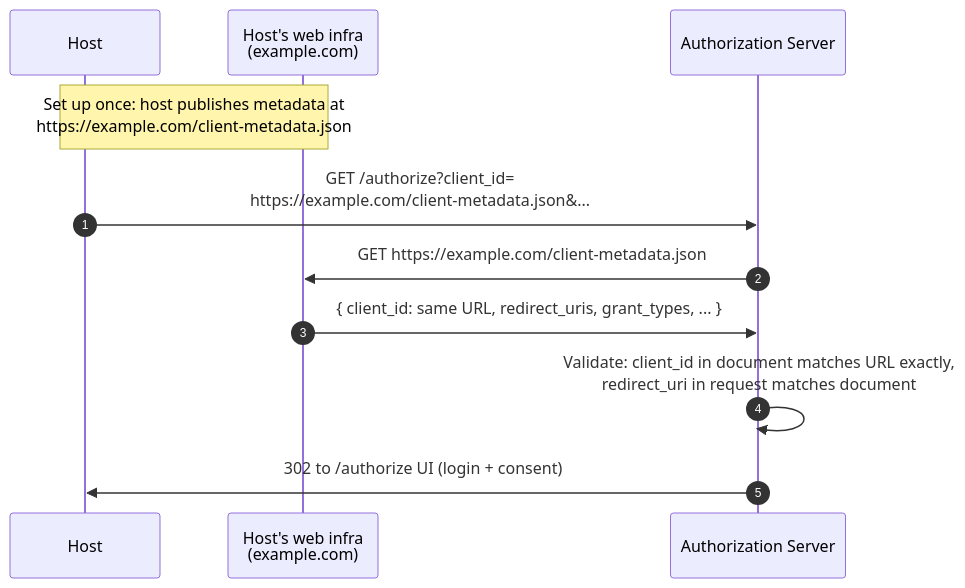
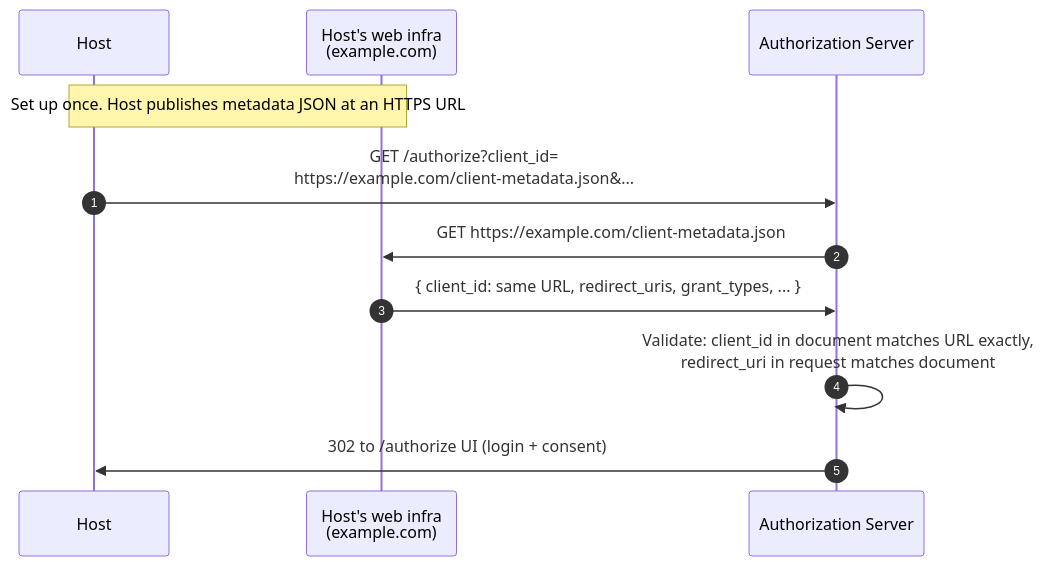
The fourth of 8 diagrams in docs/mcp/09-agent-pattern-end-to-end.md (kubiosec-agentic/oauth-deepdive), drawn with Mermaid before and after one commit. The commit also changed other lines of this file, not shown here.

````diff
--- a/docs/mcp/09-agent-pattern-end-to-end.md
+++ b/docs/mcp/09-agent-pattern-end-to-end.md
@@ -183,15 +185,15 @@
 ```mermaid
 sequenceDiagram
     autonumber
     participant H as Host
     participant Hosting as Host's web infra<br/>(example.com)
     participant AS as Authorization Server
 
-    Note over H,Hosting: Set up once: host publishes metadata at<br/>https://example.com/client-metadata.json
+    Note over H,Hosting: Set up once. Host publishes metadata JSON at an HTTPS URL
 
     H->>AS: GET /authorize?client_id=<br/>https://example.com/client-metadata.json&...
     AS->>Hosting: GET https://example.com/client-metadata.json
     Hosting->>AS: { client_id: same URL, redirect_uris, grant_types, ... }
     AS->>AS: Validate: client_id in document matches URL exactly,<br/>redirect_uri in request matches document
     AS->>H: 302 to /authorize UI (login + consent)
 ```
````
